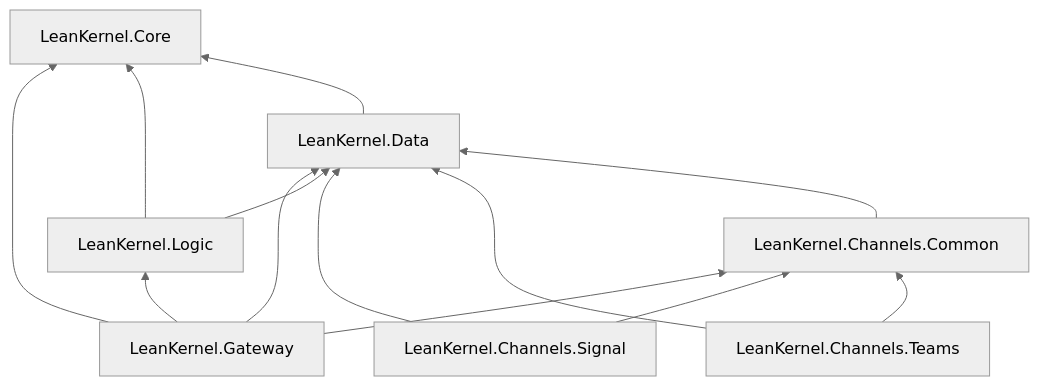
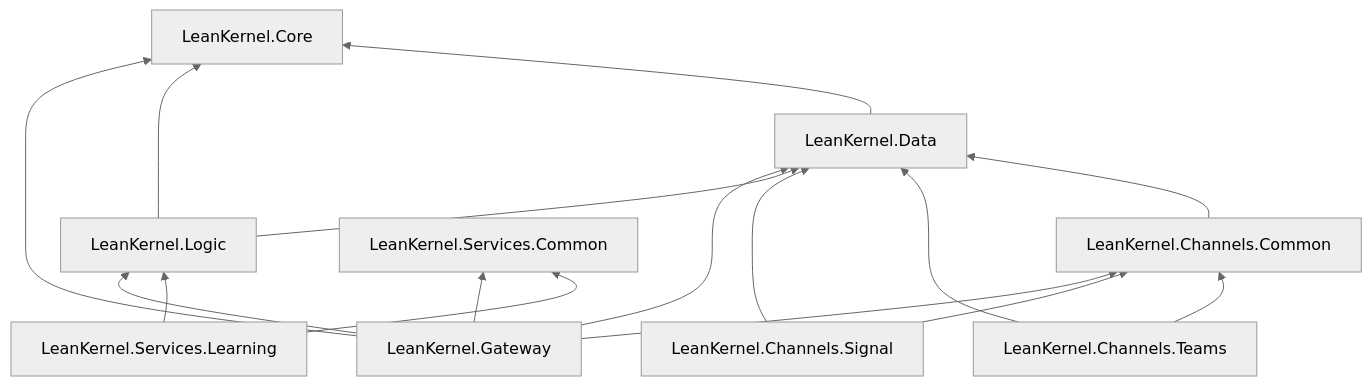
One commit to achingono/leankernel changed the diagram in docs/architecture/solution-structure.md. Above: the diagram before and after it, drawn with Mermaid (neutral theme). The commit also changed other lines of this file and 141 other files, not shown here.

````diff
--- a/docs/architecture/solution-structure.md
+++ b/docs/architecture/solution-structure.md
@@ -33,19 +35,23 @@
 ```mermaid
 flowchart BT
     Gateway[LeanKernel.Gateway] --> Logic[LeanKernel.Logic]
     Gateway --> Data[LeanKernel.Data]
     Gateway --> Core[LeanKernel.Core]
     Gateway --> ChannelsCommon[LeanKernel.Channels.Common]
+    Gateway --> ServicesCommon[LeanKernel.Services.Common]
+
+    Learning[LeanKernel.Services.Learning] --> Logic
+    Learning --> ServicesCommon
 
     Logic --> Data
     Logic --> Core
 
     Signal[LeanKernel.Channels.Signal] --> Data
     Signal --> ChannelsCommon
 
     Teams[LeanKernel.Channels.Teams] --> Data
     Teams --> ChannelsCommon
 
     ChannelsCommon --> Data
     Data --> Core
 ```
````
